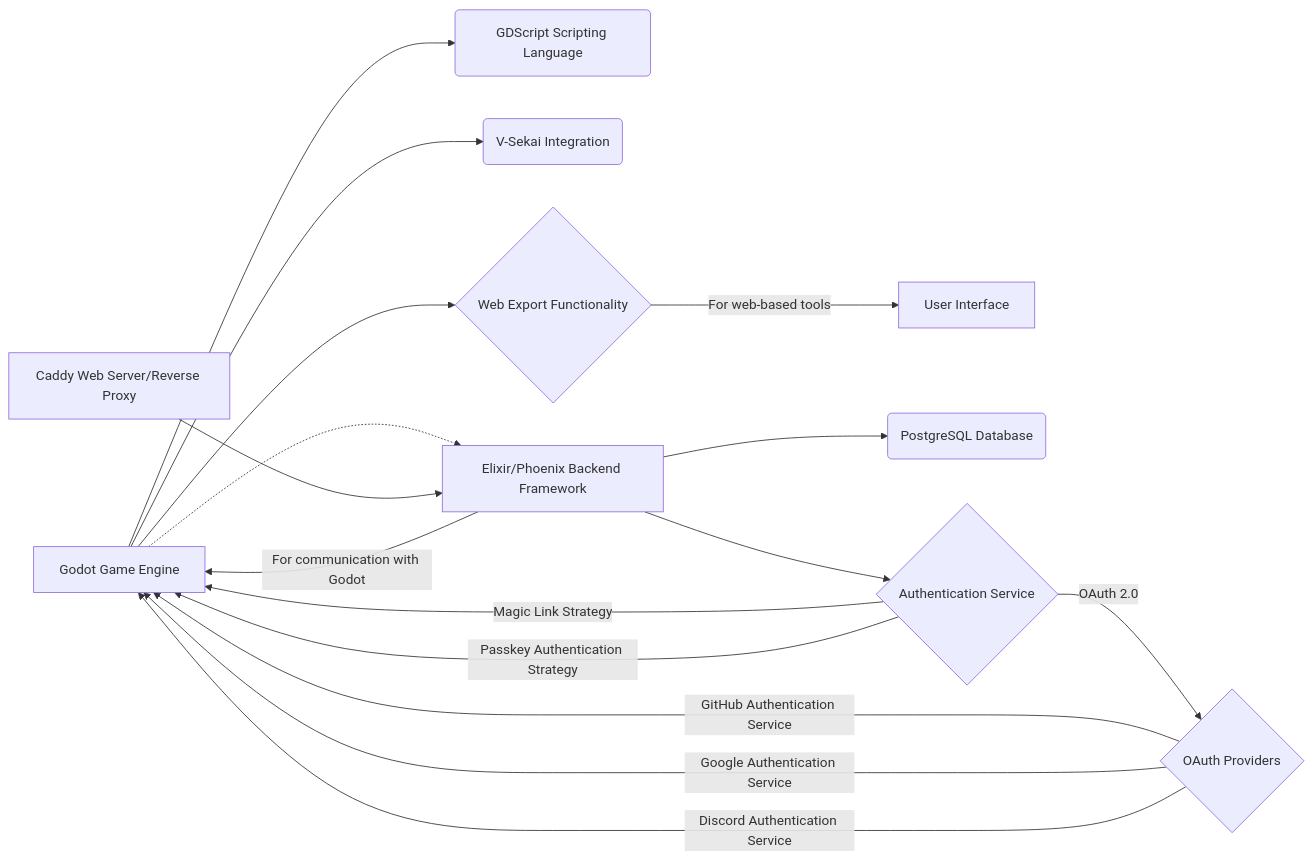
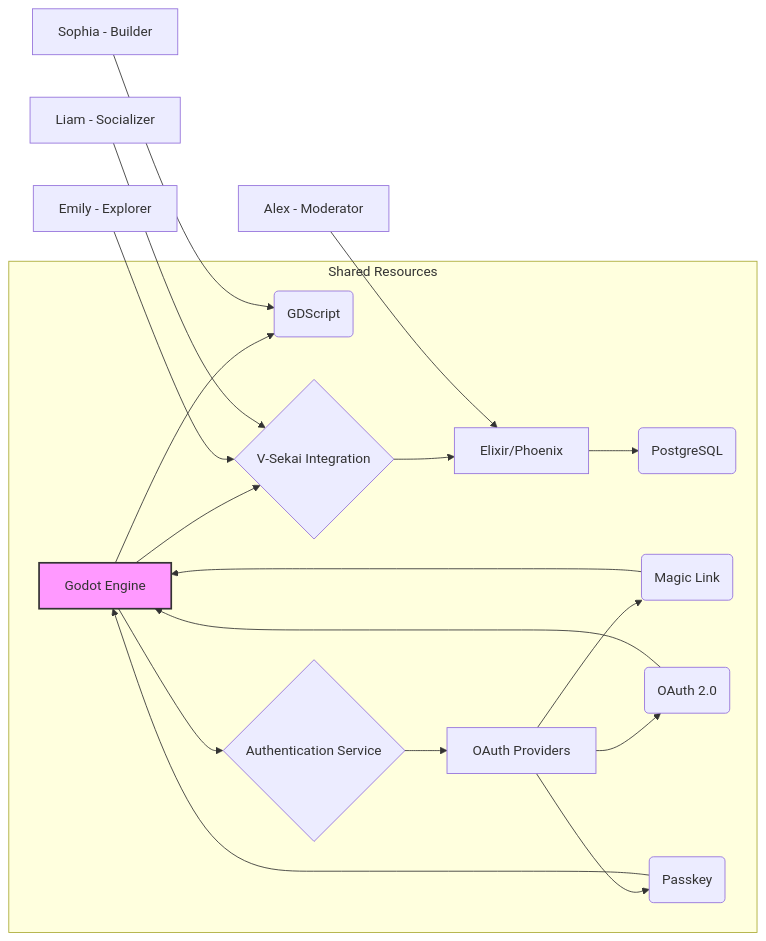
One commit to V-Sekai/manuals changed the diagram in decisions/20241229-one-prototyping-stack.md. Above: the diagram before and after it, drawn with Mermaid.

Commit message:
Rewrite graph.

````diff
--- a/decisions/20241229-one-prototyping-stack.md
+++ b/decisions/20241229-one-prototyping-stack.md
@@ -35,18 +35,24 @@
 ```mermaid
 graph LR
-    A[Godot Game Engine] --> B(GDScript Scripting Language);
-    A --> C(V-Sekai Integration);
-    A --> D{Web Export Functionality};
-    D -- For web-based tools --> E[User Interface];
-    A -.-> F[Elixir/Phoenix Backend Framework];
-    F --> G(PostgreSQL Database);
-    F --> H{Authentication Service};
-    H -- Magic Link Strategy --> A;
-    H -- OAuth 2.0 --> J{OAuth Providers};
-    J -- GitHub Authentication Service --> A;
-    J -- Google Authentication Service --> A;
-    J -- Discord Authentication Service --> A;
-    H -- Passkey Authentication Strategy --> A;
-    F -- For communication with Godot --> A;
-    K[Caddy Web Server/Reverse Proxy] --> F;
+    subgraph "Shared Resources"
+        A[Godot Engine] --> B(GDScript)
+        A --> C{V-Sekai Integration}
+        C --> D[Elixir/Phoenix]
+        D --> E(PostgreSQL)
+        A --> F{Authentication Service}
+        F --> G[OAuth Providers]
+        G --> H(Magic Link)
+        G --> I(OAuth 2.0)
+        G --> J(Passkey)
+        H --> A
+        I --> A
+        J --> A
+    end
+
+    M[Emily - Explorer] --> C
+    N[Liam - Socializer] --> C
+    O[Sophia - Builder] --> B
+    P[Alex - Moderator] --> D
+
+    style A fill:#f9f,stroke:#333,stroke-width:2px
 ```
````
